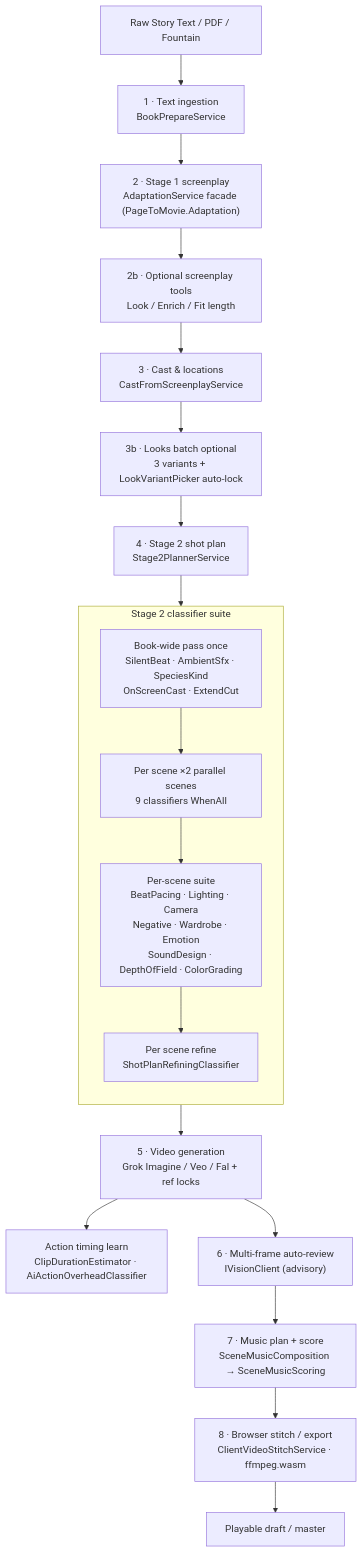
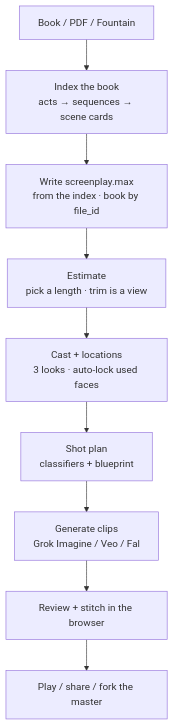
Before and after one commit to budcribar/PageToMovie: the diagram in README.md, drawn with Mermaid. The commit also changed other lines of this file and 1 other file, not shown here.

````diff
--- a/README.md
+++ b/README.md
@@ -75,26 +43,11 @@
 ```mermaid
 flowchart TD
-    A["Raw Story Text / PDF / Fountain"] --> B["1 · Text ingestion<br/>BookPrepareService"]
-    B --> C["2 · Stage 1 screenplay<br/>AdaptationService facade (PageToMovie.Adaptation)"]
-    C --> C2["2b · Optional screenplay tools<br/>Look / Enrich / Fit length"]
-    C2 --> D["3 · Cast & locations<br/>CastFromScreenplayService"]
-    D --> D2["3b · Looks batch optional<br/>3 variants + LookVariantPicker auto-lock"]
-    D2 --> E["4 · Stage 2 shot plan<br/>Stage2PlannerService"]
-
-    subgraph S2["Stage 2 classifier suite"]
-      direction TB
-      E1["Book-wide pass once<br/>SilentBeat · AmbientSfx · SpeciesKind<br/>OnScreenCast · ExtendCut"]
-      E2["Per scene ×2 parallel scenes<br/>9 classifiers WhenAll"]
-      E3["Per-scene suite<br/>BeatPacing · Lighting · Camera<br/>Negative · Wardrobe · Emotion<br/>SoundDesign · DepthOfField · ColorGrading"]
-      E4["Per scene refine<br/>ShotPlanRefiningClassifier"]
-      E1 --> E2 --> E3 --> E4
-    end
-
-    E --> E1
-    E4 --> F["5 · Video generation<br/>Grok Imagine / Veo / Fal + ref locks"]
-    F --> F2["Action timing learn<br/>ClipDurationEstimator · AiActionOverheadClassifier"]
-    F --> G["6 · Multi-frame auto-review<br/>IVisionClient (advisory)"]
-    G --> H["7 · Music plan + score<br/>SceneMusicComposition → SceneMusicScoring"]
-    H --> I["8 · Browser stitch / export<br/>ClientVideoStitchService · ffmpeg.wasm"]
-    I --> J["Playable draft / master"]
+    A["Book / PDF / Fountain"] --> B["Index the book<br/>acts → sequences → scene cards"]
+    B --> C["Write screenplay.max<br/>from the index · book by file_id"]
+    C --> D["Estimate<br/>pick a length · trim is a view"]
+    D --> E["Cast + locations<br/>3 looks · auto-lock used faces"]
+    E --> F["Shot plan<br/>classifiers + blueprint"]
+    F --> G["Generate clips<br/>Grok Imagine / Veo / Fal"]
+    G --> H["Review + stitch in the browser"]
+    H --> I["Play / share / fork the master"]
 ```
````
